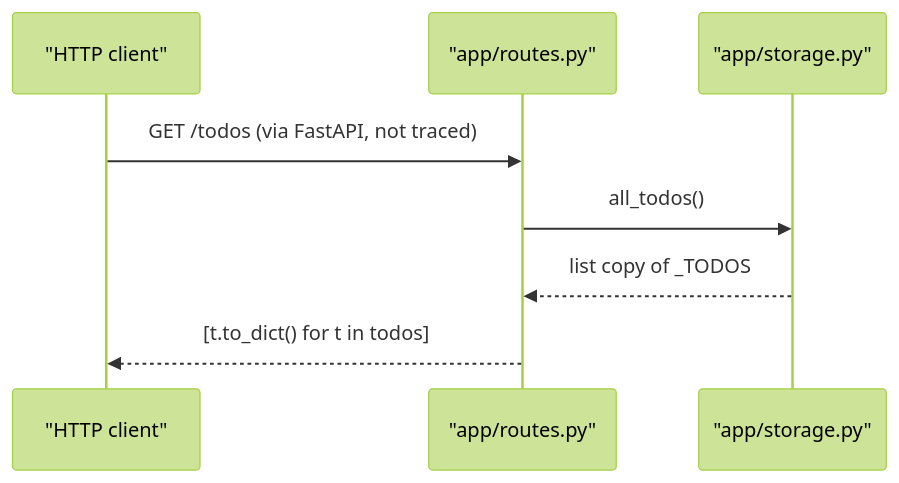
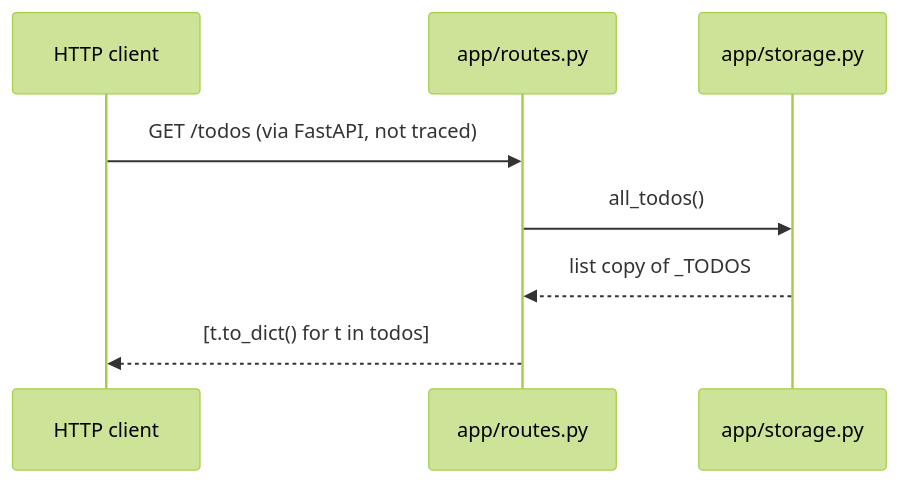
The second of 2 diagrams in examples/python-todo-api/docs/codemap/sequence-flow.md (hxxnn/codemap), drawn with Mermaid (forest theme) before and after one commit. The commit also changed other lines of this file and 14 other files, not shown here.

````diff
--- a/examples/python-todo-api/docs/codemap/sequence-flow.md
+++ b/examples/python-todo-api/docs/codemap/sequence-flow.md
@@ -61,10 +61,10 @@
 ```mermaid
 sequenceDiagram
-  participant C as "HTTP client"
-  participant R as "app/routes.py"
-  participant S as "app/storage.py"
+  participant C as HTTP client
+  participant R as app/routes.py
+  participant S as app/storage.py
   C->>R: GET /todos (via FastAPI, not traced)
   R->>S: all_todos()
   S-->>R: list copy of _TODOS
   R-->>C: [t.to_dict() for t in todos]
 ```
````
